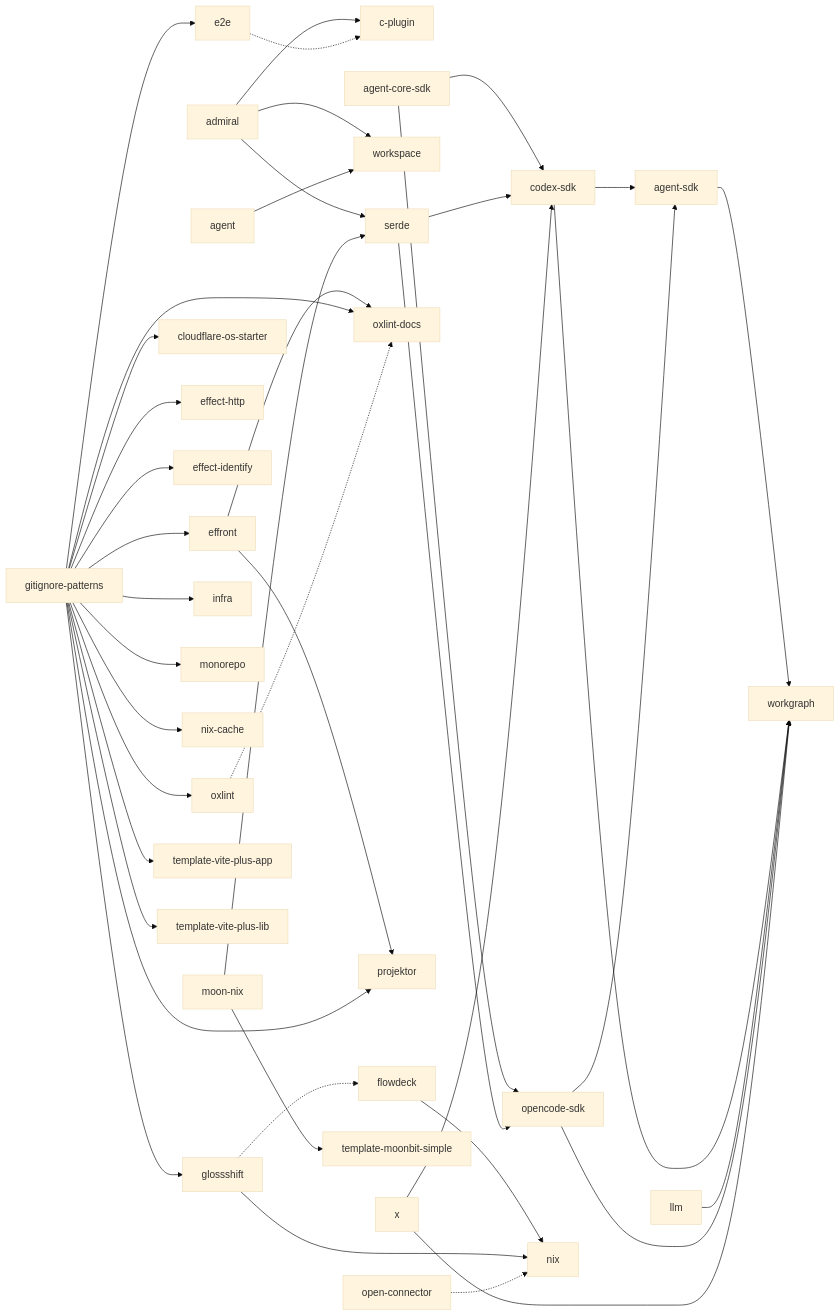
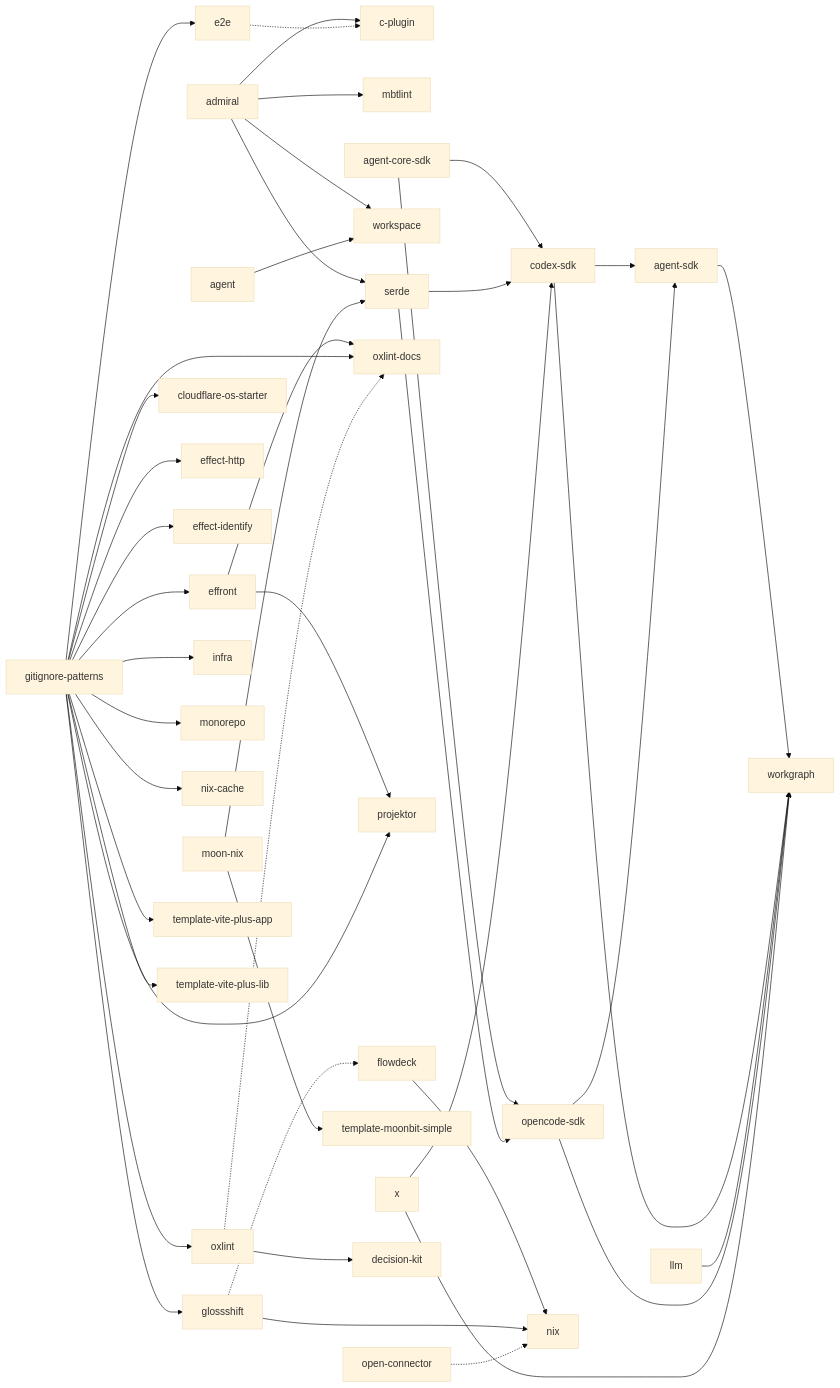
One commit to totto2727-org/workspace changed the diagram in .agents/skills/workspace-dependencies/references/dependencies.md. Above: the diagram before and after it, drawn with Mermaid (base theme). The commit also changed other lines of this file and 3 other files, not shown here.

Commit message:
chore(workspace): register mbtlint and decision-kit

````diff
--- a/.agents/skills/workspace-dependencies/references/dependencies.md
+++ b/.agents/skills/workspace-dependencies/references/dependencies.md
@@ -9,43 +9,45 @@
 ```mermaid
 flowchart LR
-    n13["admiral"] --> n16["c-plugin"]
+    n13["admiral"] --> n17["c-plugin"]
+    n13["admiral"] --> n15["mbtlint"]
     n13["admiral"] --> n11["serde"]
-    n13["admiral"] --> n25["workspace"]
-    n8["agent"] --> n25["workspace"]
-    n32["agent-core-sdk"] --> n21["codex-sdk"]
-    n32["agent-core-sdk"] --> n31["opencode-sdk"]
-    n20["agent-sdk"] --> n24["workgraph"]
-    n21["codex-sdk"] --> n20["agent-sdk"]
-    n21["codex-sdk"] --> n24["workgraph"]
-    n1["e2e"] -.-> n16["c-plugin"]
-    n14["effront"] --> n28["oxlint-docs"]
-    n14["effront"] --> n23["projektor"]
-    n17["flowdeck"] --> n4["nix"]
-    n38["gitignore-patterns"] --> n41["cloudflare-os-starter"]
-    n38["gitignore-patterns"] --> n1["e2e"]
-    n38["gitignore-patterns"] --> n27["effect-http"]
-    n38["gitignore-patterns"] --> n35["effect-identify"]
-    n38["gitignore-patterns"] --> n14["effront"]
-    n38["gitignore-patterns"] --> n26["glossshift"]
-    n38["gitignore-patterns"] --> n9["infra"]
-    n38["gitignore-patterns"] --> n18["monorepo"]
-    n38["gitignore-patterns"] --> n22["nix-cache"]
-    n38["gitignore-patterns"] --> n12["oxlint"]
-    n38["gitignore-patterns"] --> n28["oxlint-docs"]
-    n38["gitignore-patterns"] --> n23["projektor"]
-    n38["gitignore-patterns"] --> n42["template-vite-plus-app"]
-    n38["gitignore-patterns"] --> n43["template-vite-plus-lib"]
-    n26["glossshift"] -.-> n17["flowdeck"]
-    n26["glossshift"] --> n4["nix"]
-    n3["llm"] --> n24["workgraph"]
-    n19["moon-nix"] --> n11["serde"]
-    n19["moon-nix"] --> n45["template-moonbit-simple"]
-    n33["open-connector"] -.-> n4["nix"]
-    n31["opencode-sdk"] --> n20["agent-sdk"]
-    n31["opencode-sdk"] --> n24["workgraph"]
-    n12["oxlint"] -.-> n28["oxlint-docs"]
-    n11["serde"] --> n21["codex-sdk"]
-    n11["serde"] --> n31["opencode-sdk"]
-    n0["x"] --> n21["codex-sdk"]
-    n0["x"] --> n24["workgraph"]
+    n13["admiral"] --> n26["workspace"]
+    n8["agent"] --> n26["workspace"]
+    n34["agent-core-sdk"] --> n22["codex-sdk"]
+    n34["agent-core-sdk"] --> n33["opencode-sdk"]
+    n21["agent-sdk"] --> n25["workgraph"]
+    n22["codex-sdk"] --> n21["agent-sdk"]
+    n22["codex-sdk"] --> n25["workgraph"]
+    n1["e2e"] -.-> n17["c-plugin"]
+    n14["effront"] --> n29["oxlint-docs"]
+    n14["effront"] --> n24["projektor"]
+    n18["flowdeck"] --> n4["nix"]
+    n40["gitignore-patterns"] --> n43["cloudflare-os-starter"]
+    n40["gitignore-patterns"] --> n1["e2e"]
+    n40["gitignore-patterns"] --> n28["effect-http"]
+    n40["gitignore-patterns"] --> n37["effect-identify"]
+    n40["gitignore-patterns"] --> n14["effront"]
+    n40["gitignore-patterns"] --> n27["glossshift"]
+    n40["gitignore-patterns"] --> n9["infra"]
+    n40["gitignore-patterns"] --> n19["monorepo"]
+    n40["gitignore-patterns"] --> n23["nix-cache"]
+    n40["gitignore-patterns"] --> n12["oxlint"]
+    n40["gitignore-patterns"] --> n29["oxlint-docs"]
+    n40["gitignore-patterns"] --> n24["projektor"]
+    n40["gitignore-patterns"] --> n44["template-vite-plus-app"]
+    n40["gitignore-patterns"] --> n45["template-vite-plus-lib"]
+    n27["glossshift"] -.-> n18["flowdeck"]
+    n27["glossshift"] --> n4["nix"]
+    n3["llm"] --> n25["workgraph"]
+    n20["moon-nix"] --> n11["serde"]
+    n20["moon-nix"] --> n47["template-moonbit-simple"]
+    n35["open-connector"] -.-> n4["nix"]
+    n33["opencode-sdk"] --> n21["agent-sdk"]
+    n33["opencode-sdk"] --> n25["workgraph"]
+    n12["oxlint"] --> n31["decision-kit"]
+    n12["oxlint"] -.-> n29["oxlint-docs"]
+    n11["serde"] --> n22["codex-sdk"]
+    n11["serde"] --> n33["opencode-sdk"]
+    n0["x"] --> n22["codex-sdk"]
+    n0["x"] --> n25["workgraph"]
 ```
````
